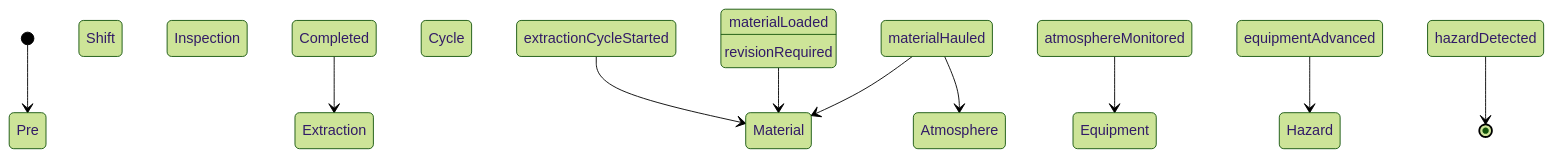
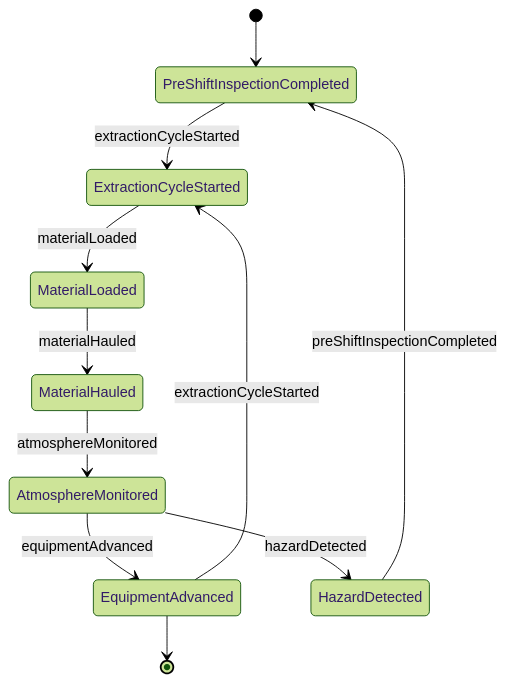
Before and after one commit to dot-org-ai/tasks.org.ai: the second of 4 diagrams in ControllingMachinesAndProcesses/OperateConstructionOrExcavationEquipment/OperateMiningEquipment.mdx, drawn with Mermaid (forest theme). The commit also changed other lines of this file and 515 other files, not shown here.

````diff
--- a/ControllingMachinesAndProcesses/OperateConstructionOrExcavationEquipment/OperateMiningEquipment.mdx
+++ b/ControllingMachinesAndProcesses/OperateConstructionOrExcavationEquipment/OperateMiningEquipment.mdx
@@ -99,12 +99,13 @@
 ```mermaid
 stateDiagram-v2
-    [*] --> Pre Shift Inspection Completed
-    Pre Shift Inspection Completed --> Extraction Cycle Started : extractionCycleStarted
-    Extraction Cycle Started --> Material Loaded : materialLoaded
-    Material Loaded --> Material Hauled : materialHauled
-    Material Hauled --> Atmosphere Monitored : atmosphereMonitored
-    Atmosphere Monitored --> Equipment Advanced : equipmentAdvanced
-    Equipment Advanced --> Hazard Detected : hazardDetected
-    Material Hauled --> Material Loaded : revisionRequired
-    Hazard Detected --> [*]
+    [*] --> PreShiftInspectionCompleted
+    PreShiftInspectionCompleted --> ExtractionCycleStarted : extractionCycleStarted
+    ExtractionCycleStarted --> MaterialLoaded : materialLoaded
+    MaterialLoaded --> MaterialHauled : materialHauled
+    MaterialHauled --> AtmosphereMonitored : atmosphereMonitored
+    AtmosphereMonitored --> EquipmentAdvanced : equipmentAdvanced
+    EquipmentAdvanced --> ExtractionCycleStarted : extractionCycleStarted
+    AtmosphereMonitored --> HazardDetected : hazardDetected
+    HazardDetected --> PreShiftInspectionCompleted : preShiftInspectionCompleted
+    EquipmentAdvanced --> [*]
 ```
````
